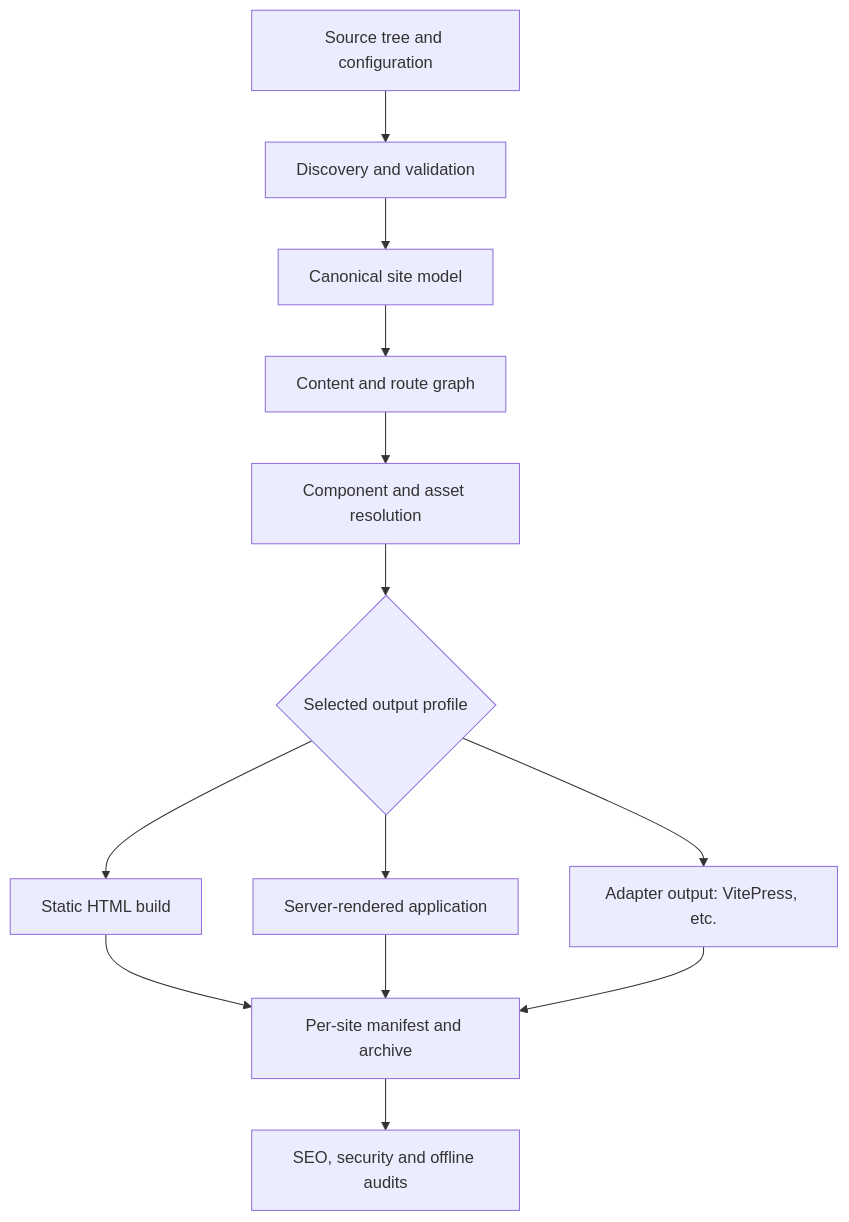
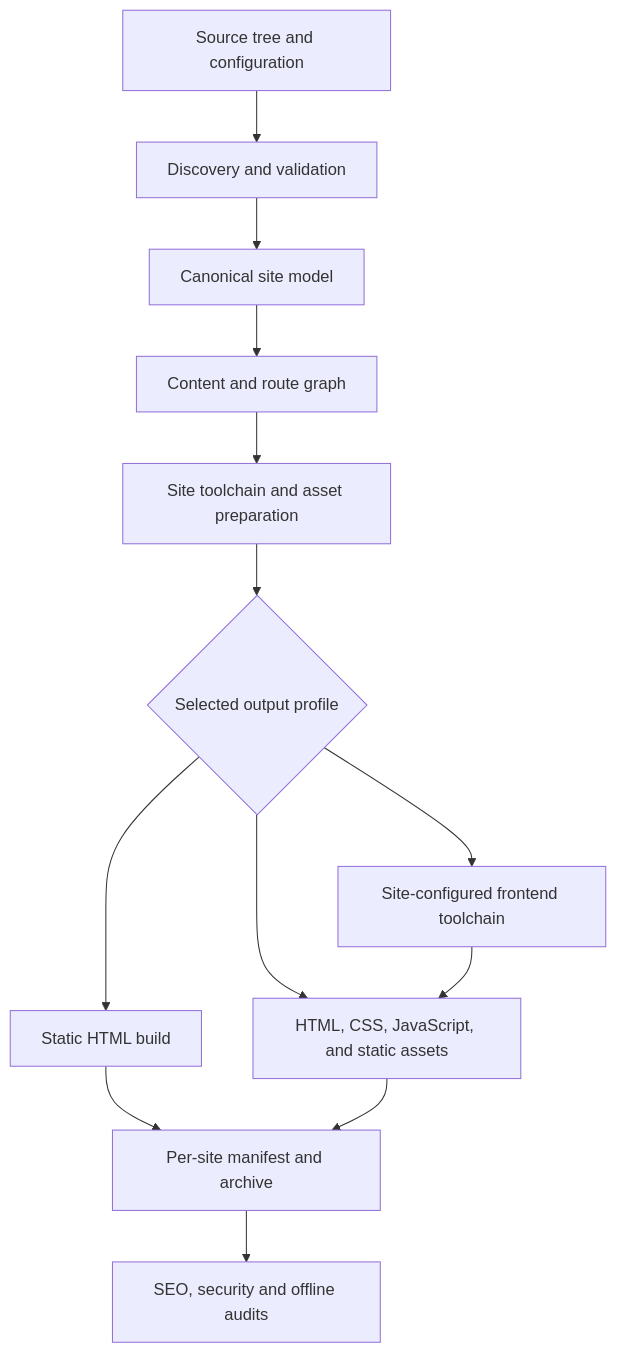
Before and after one commit to emyassine/base-feluka: the diagram in docs/SSG.md, drawn with Mermaid. The commit also changed other lines of this file, not shown here.

````diff
--- a/docs/SSG.md
+++ b/docs/SSG.md
@@ -165,15 +166,15 @@
 ```mermaid
 flowchart TD
     A[Source tree and configuration] --> B[Discovery and validation]
     B --> C[Canonical site model]
     C --> D[Content and route graph]
-    D --> E[Component and asset resolution]
+    D --> E[Site toolchain and asset preparation]
     E --> F{Selected output profile}
     F --> G[Static HTML build]
-    F --> H[Server-rendered application]
-    F --> I[Adapter output: VitePress, etc.]
+    F --> H[Site-configured frontend toolchain]
+    F --> I[HTML, CSS, JavaScript, and static assets]
     G --> J[Per-site manifest and archive]
-    H --> J
+    H --> I
     I --> J
     J --> K[SEO, security and offline audits]
 ```
````
